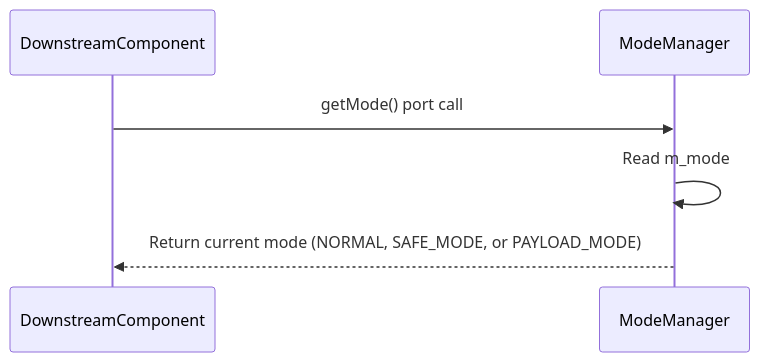
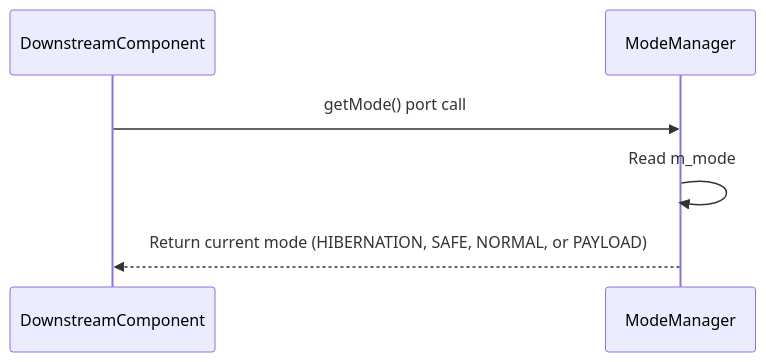
The tenth of 12 diagrams in FprimeZephyrReference/Components/ModeManager/docs/sdd.md (Open-Source-Space-Foundation/proves-core-reference), drawn with Mermaid before and after one commit. The commit also changed other lines of this file and 11 other files, not shown here.

Commit message:
update hibernation mode

````diff
--- a/FprimeZephyrReference/Components/ModeManager/docs/sdd.md
+++ b/FprimeZephyrReference/Components/ModeManager/docs/sdd.md
@@ -282,9 +420,9 @@
 ```mermaid
 sequenceDiagram
     participant DownstreamComponent
     participant ModeManager
 
     DownstreamComponent->>ModeManager: getMode() port call
     ModeManager->>ModeManager: Read m_mode
-    ModeManager-->>DownstreamComponent: Return current mode (NORMAL, SAFE_MODE, or PAYLOAD_MODE)
+    ModeManager-->>DownstreamComponent: Return current mode (HIBERNATION, SAFE, NORMAL, or PAYLOAD)
 ```
````
